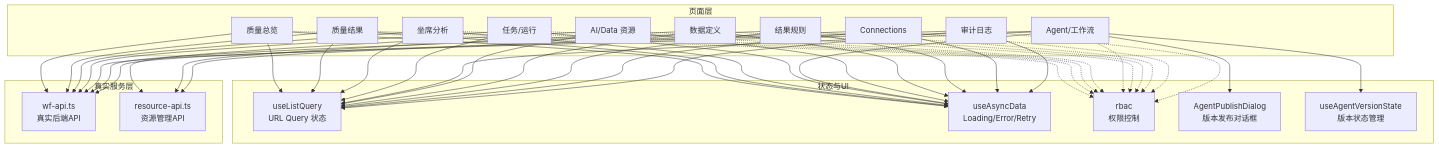
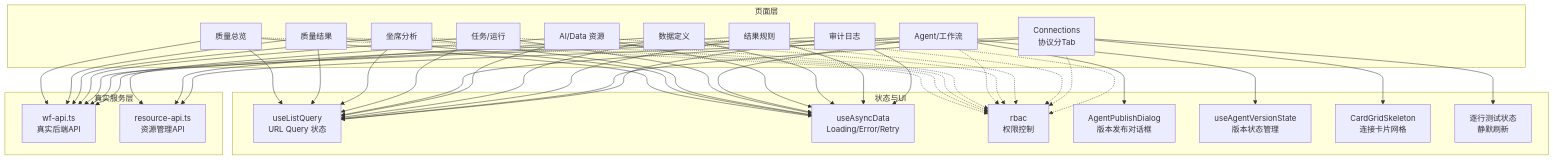
Before and after one commit to huiliuxu780/MoreThanCorn: the second of 5 diagrams in .qoder/repowiki/zh/content/前端架构与页面清单.md, drawn with Mermaid. The commit also changed other lines of this file and 63 other files, not shown here.

````diff
--- a/.qoder/repowiki/zh/content/前端架构与页面清单.md
+++ b/.qoder/repowiki/zh/content/前端架构与页面清单.md
@@ -125,68 +130,71 @@
 ```mermaid
 graph TB
 subgraph "页面层"
 QO["质量总览"]
 QR["质量结果"]
 AA["坐席分析"]
 TK["任务/运行"]
 AG["Agent/工作流"]
 RS["AI/Data 资源"]
 DR["数据定义"]
 RR["结果规则"]
-CN["Connections"]
+CN["Connections<br/>协议分Tab"]
 AL["审计日志"]
 end
 subgraph "状态与UI"
 ULQ["useListQuery<br/>URL Query 状态"]
 UAD["useAsyncData<br/>Loading/Error/Retry"]
 RBAC["rbac<br/>权限控制"]
 APD["AgentPublishDialog<br/>版本发布对话框"]
 AVS["useAgentVersionState<br/>版本状态管理"]
+CGRID["CardGridSkeleton<br/>连接卡片网格"]
+TEST["逐行测试状态<br/>静默刷新"]
 end
 subgraph "真实服务层"
 WFA["wf-api.ts<br/>真实后端API"]
 RA["resource-api.ts<br/>资源管理API"]
 end
 QO --> ULQ
 QR --> ULQ
 AA --> ULQ
 TK --> ULQ
 AG --> ULQ
 RS --> ULQ
 DR --> ULQ
 RR --> ULQ
 CN --> ULQ
 AL --> ULQ
 QO --> UAD
 QR --> UAD
 AA --> UAD
 TK --> UAD
 AG --> UAD
 RS --> UAD
 DR --> UAD
 RR --> UAD
-CN --> UAD
+CN --> TEST
 AL --> UAD
 QO --> WFA
 QR --> WFA
 AA --> WFA
 TK --> WFA
 AG --> WFA
 RS --> RA
 DR --> RA
 RR --> WFA
 CN --> RA
 AL --> WFA
 QO -.-> RBAC
 QR -.-> RBAC
 AA -.-> RBAC
 TK -.-> RBAC
 AG -.-> RBAC
 RS -.-> RBAC
 DR -.-> RBAC
 RR -.-> RBAC
 CN -.-> RBAC
 AL -.-> RBAC
 AG --> APD
 AG --> AVS
+CN --> CGRID
 ```
````
